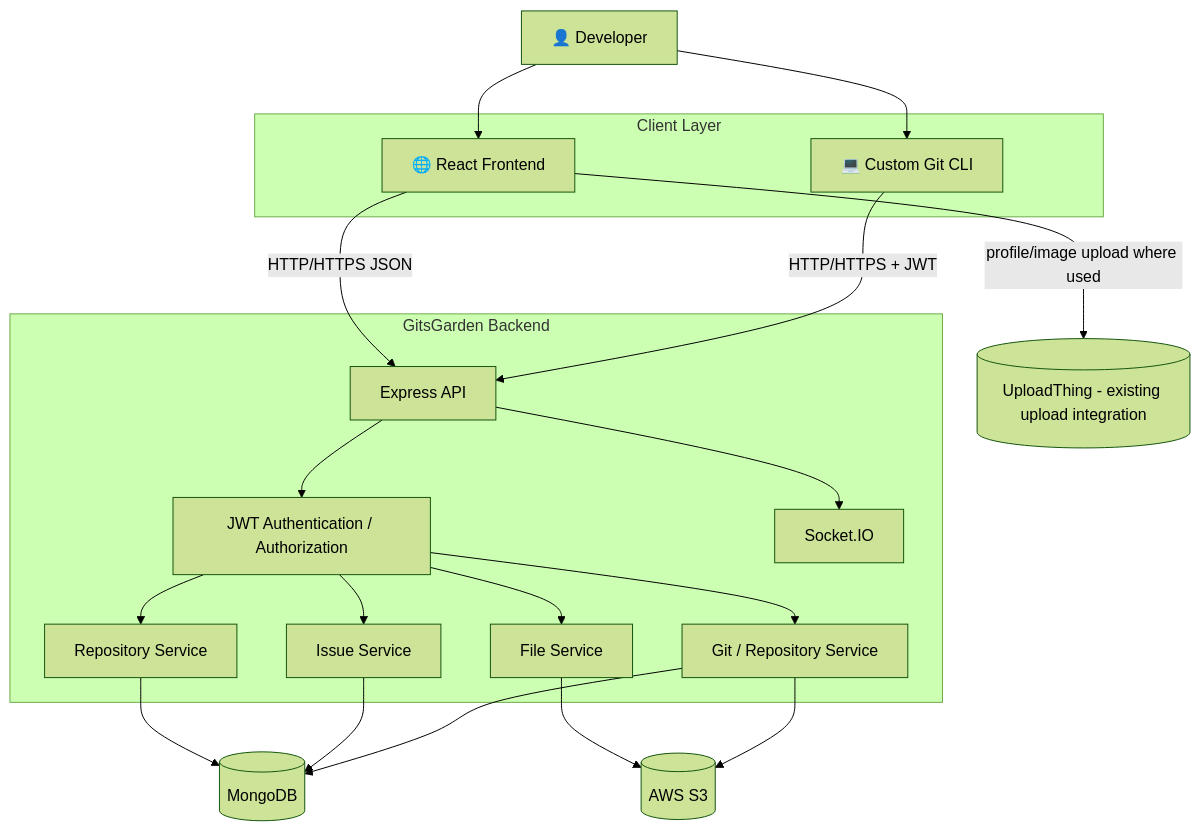
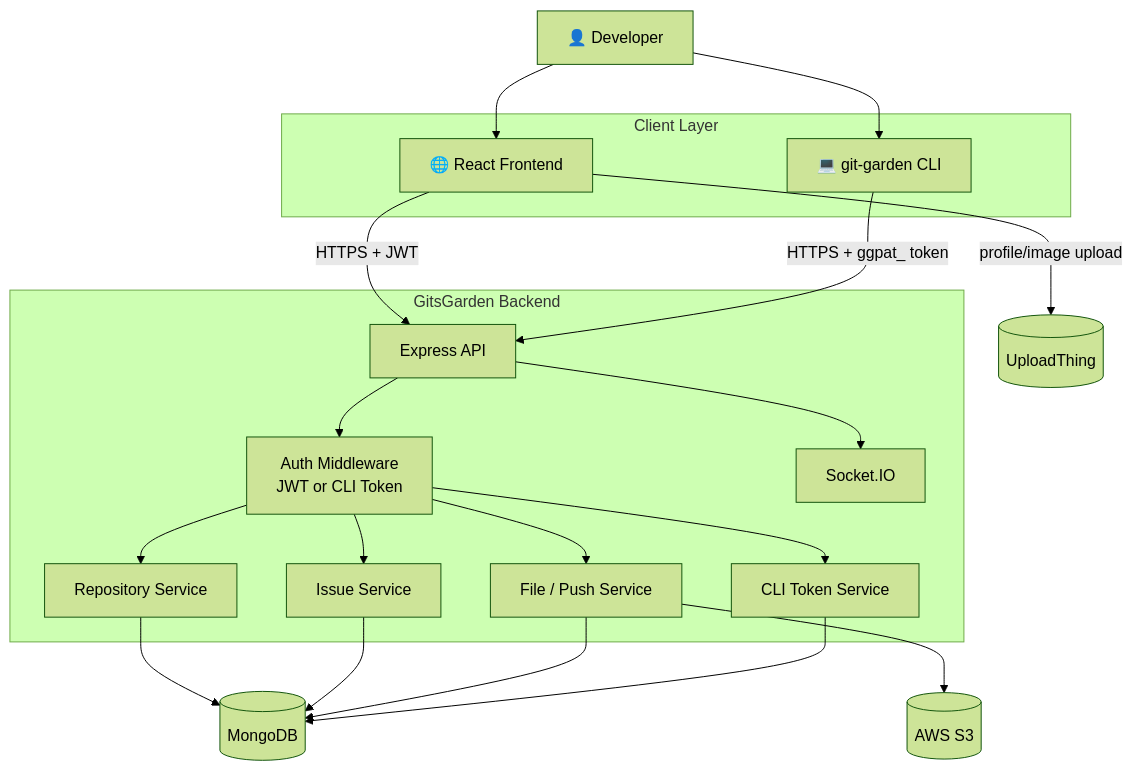
One commit to prash08484/GitGarden changed the first of 9 diagrams in README.md. Above: the diagram before and after it, drawn with Mermaid (forest theme). The commit also changed other lines of this file, not shown here.

````diff
--- a/README.md
+++ b/README.md
@@ -81,43 +81,43 @@
 ```mermaid
 flowchart TB
     U[👤 Developer]
 
     subgraph CLIENTS[Client Layer]
         B[🌐 React Frontend]
-        C[💻 Custom Git CLI]
+        C[💻 git-garden CLI]
     end
 
     subgraph SERVER[GitsGarden Backend]
         A[Express API]
-        AUTH[JWT Authentication / Authorization]
+        AUTH[Auth Middleware<br/>JWT or CLI Token]
         R[Repository Service]
         I[Issue Service]
-        F[File Service]
-        G[Git / Repository Service]
+        F[File / Push Service]
+        CT[CLI Token Service]
         RT[Socket.IO]
     end
 
     DB[(MongoDB)]
     S3[(AWS S3)]
-    UT[(UploadThing - existing upload integration)]
+    UT[(UploadThing)]
 
     U --> B
     U --> C
 
-    B -->|HTTP/HTTPS JSON| A
-    C -->|HTTP/HTTPS + JWT| A
+    B -->|HTTPS + JWT| A
+    C -->|HTTPS + ggpat_ token| A
 
     A --> AUTH
     AUTH --> R
     AUTH --> I
     AUTH --> F
-    AUTH --> G
+    AUTH --> CT
     A --> RT
 
     R --> DB
     I --> DB
     F --> S3
-    G --> DB
-    G --> S3
-    B -->|profile/image upload where used| UT
+    F --> DB
+    CT --> DB
+    B -->|profile/image upload| UT
 ```
````
